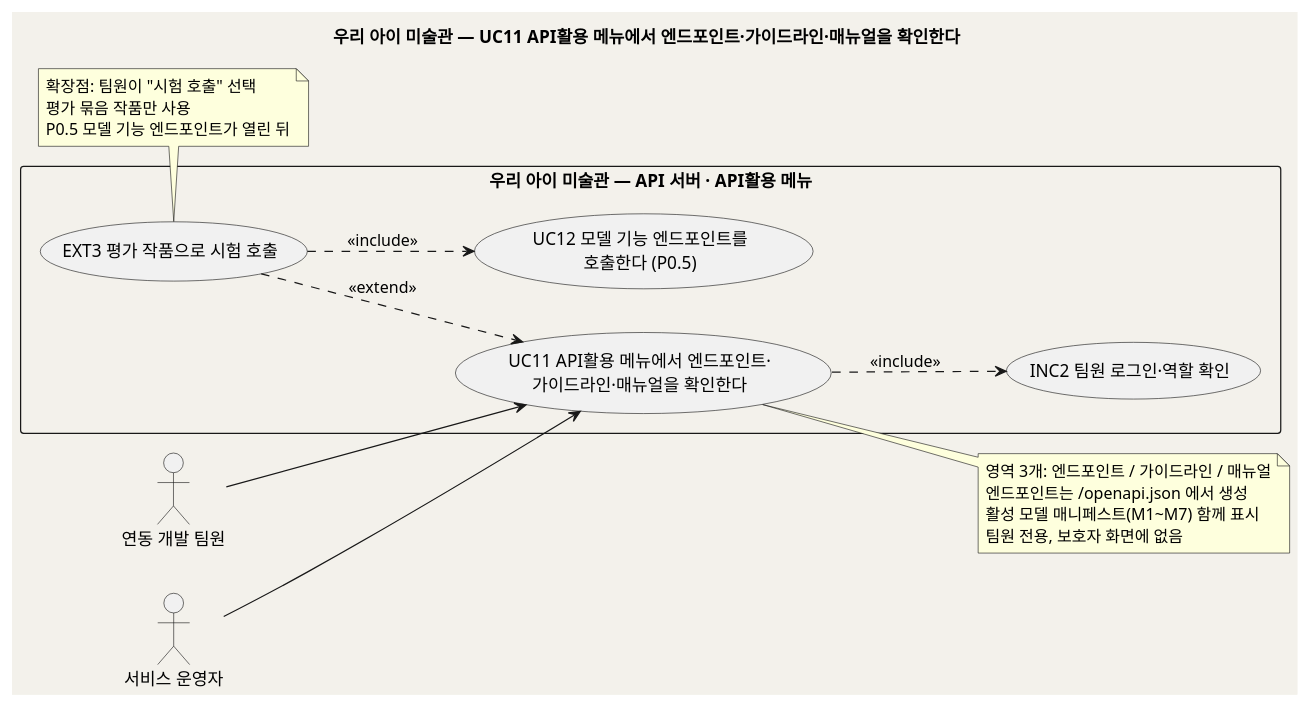
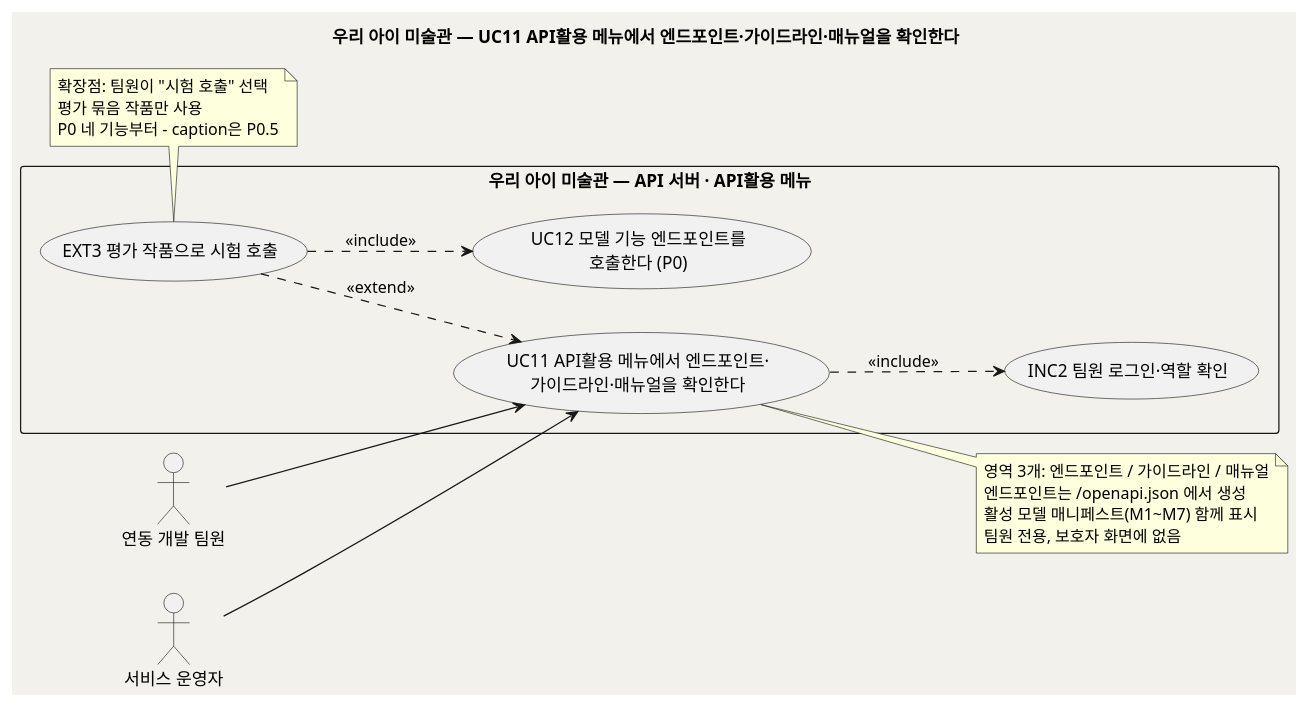
The first of 2 diagrams in design/UC_11_API활용메뉴.md (kids-gallery/uri-gallery), drawn with PlantUML before and after one commit. The commit also changed other lines of this file and 9 other files, not shown here.

````diff
--- a/design/UC_11_API활용메뉴.md
+++ b/design/UC_11_API활용메뉴.md
@@ -119,36 +120,36 @@
 ```plantuml
 @startuml uc_uri_ai_gallery_11
 skinparam backgroundColor #F3F1EB
 skinparam shadowing false
 left to right direction
 title 우리 아이 미술관 — UC11 API활용 메뉴에서 엔드포인트·가이드라인·매뉴얼을 확인한다
 
 actor "연동 개발 팀원" as Dev
 actor "서비스 운영자" as Ops
 
 rectangle "우리 아이 미술관 — API 서버 · API활용 메뉴" {
   usecase "UC11 API활용 메뉴에서 엔드포인트·\n가이드라인·매뉴얼을 확인한다" as UC11
   usecase "INC2 팀원 로그인·역할 확인" as INC2
   usecase "EXT3 평가 작품으로 시험 호출" as EXT3
-  usecase "UC12 모델 기능 엔드포인트를\n호출한다 (P0.5)" as UC12
+  usecase "UC12 모델 기능 엔드포인트를\n호출한다 (P0)" as UC12
 }
 
 Dev --> UC11
 Ops --> UC11
 UC11 ..> INC2 : <<include>>
 EXT3 ..> UC11 : <<extend>>
 EXT3 ..> UC12 : <<include>>
 
 note right of UC11
   영역 3개: 엔드포인트 / 가이드라인 / 매뉴얼
   엔드포인트는 /openapi.json 에서 생성
   활성 모델 매니페스트(M1~M7) 함께 표시
   팀원 전용, 보호자 화면에 없음
 end note
 note bottom of EXT3
   확장점: 팀원이 "시험 호출" 선택
   평가 묶음 작품만 사용
-  P0.5 모델 기능 엔드포인트가 열린 뒤
+  P0 네 기능부터 - caption은 P0.5
 end note
 @enduml
 ```
````
